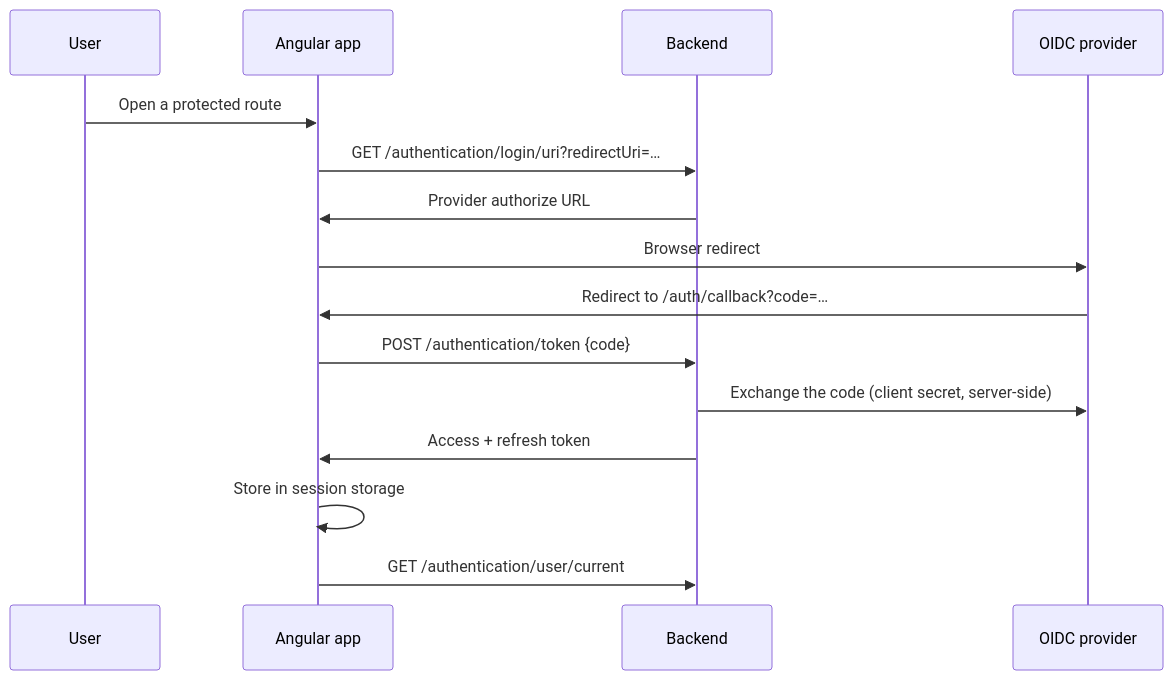
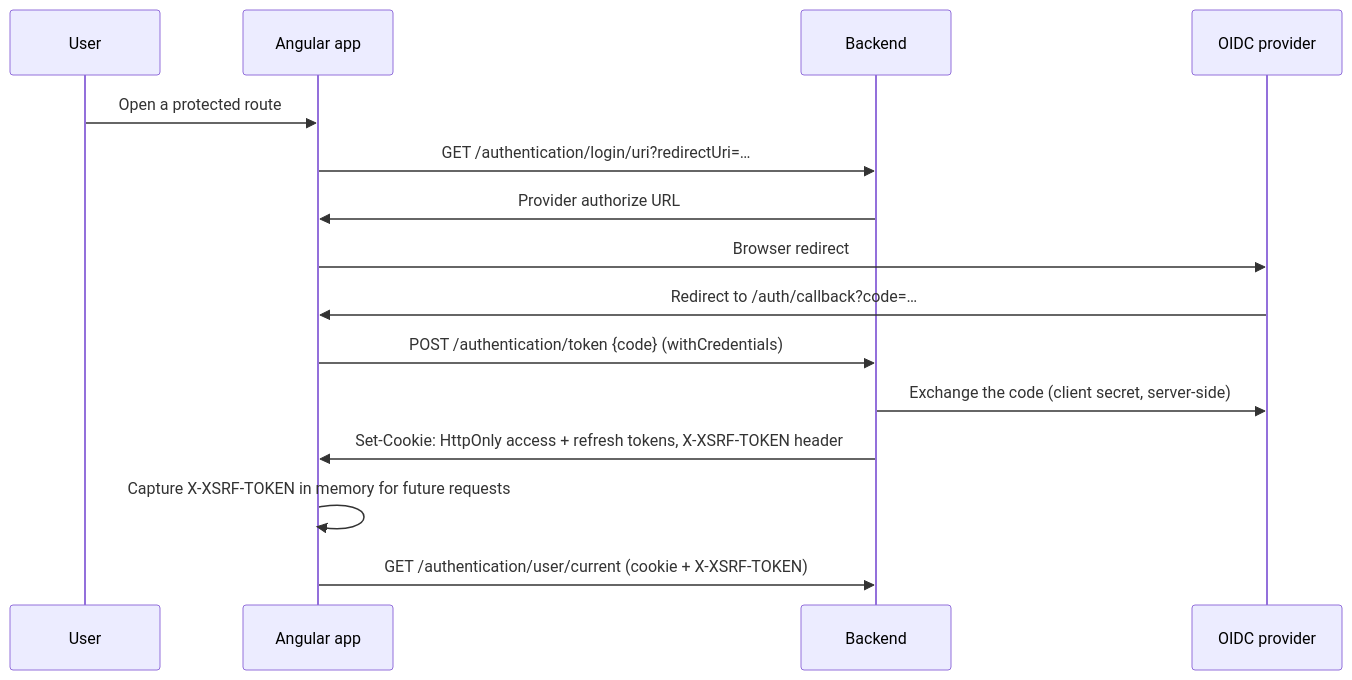
The diagram in documentation/registry/technical/frontend.md (laucoin/Documentations), drawn with Mermaid before and after one commit. The commit also changed other lines of this file and 52 other files, not shown here.

````diff
--- a/documentation/registry/technical/frontend.md
+++ b/documentation/registry/technical/frontend.md
@@ -108,17 +177,17 @@
 ```mermaid
 sequenceDiagram
     participant U as User
     participant A as Angular app
     participant B as Backend
     participant I as OIDC provider
     U ->> A: Open a protected route
     A ->> B: GET /authentication/login/uri?redirectUri=…
     B ->> A: Provider authorize URL
     A ->> I: Browser redirect
     I ->> A: Redirect to /auth/callback?code=…
-    A ->> B: POST /authentication/token {code}
+    A ->> B: POST /authentication/token {code} (withCredentials)
     B ->> I: Exchange the code (client secret, server-side)
-    B ->> A: Access + refresh token
-    A ->> A: Store in session storage
-    A ->> B: GET /authentication/user/current
+    B ->> A: Set-Cookie: HttpOnly access + refresh tokens, X-XSRF-TOKEN header
+    A ->> A: Capture X-XSRF-TOKEN in memory for future requests
+    A ->> B: GET /authentication/user/current (cookie + X-XSRF-TOKEN)
 ```
````
